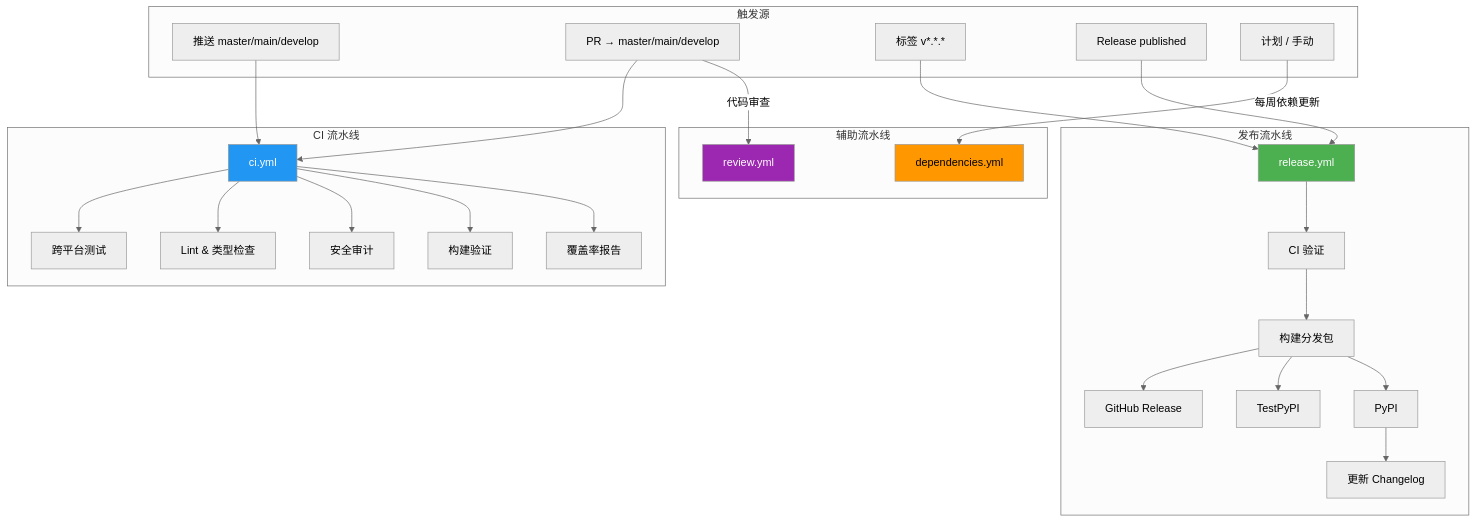
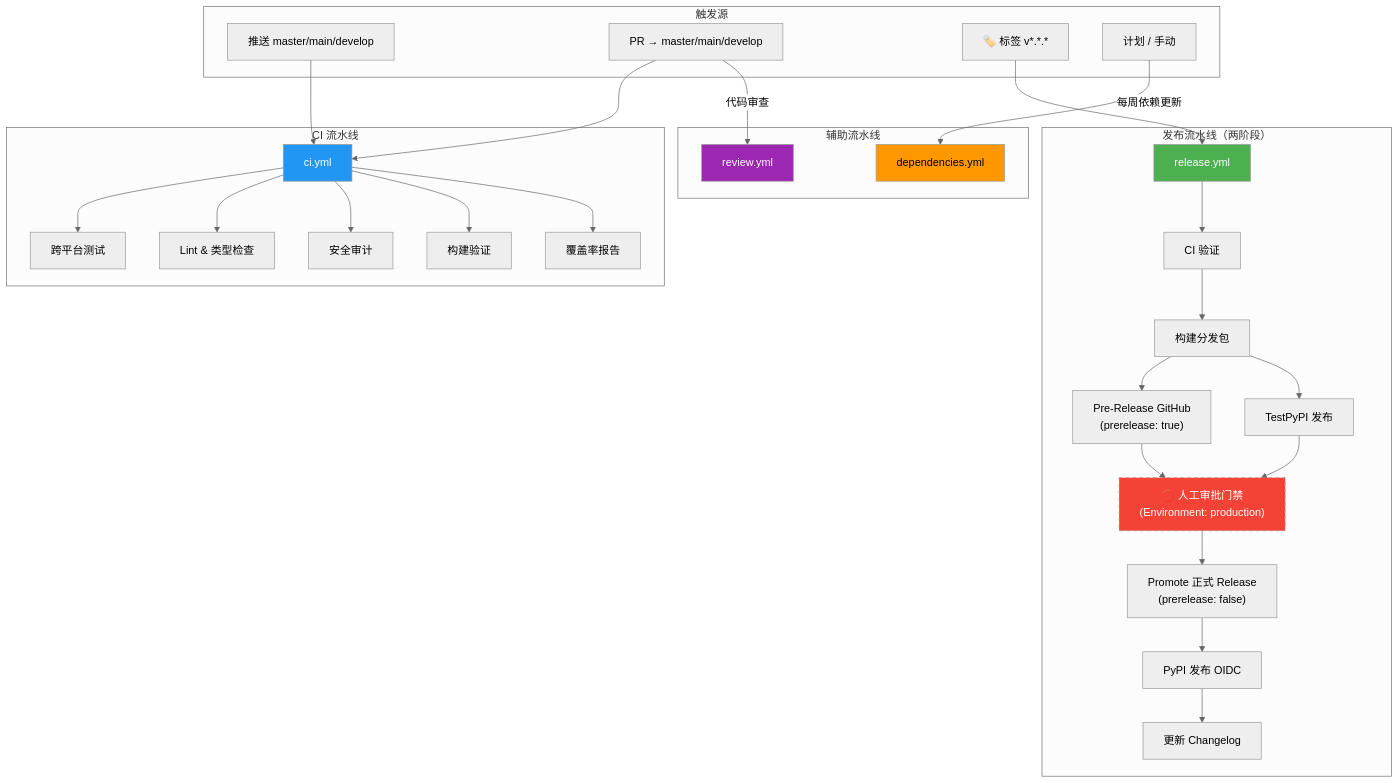
The diagram in docs/2-Development.md (ThreeFish-AI/data-extractor), drawn with Mermaid (neutral theme) before and after one commit. The commit also changed other lines of this file and 1 other file, not shown here.

First line of the commit message:
ci(release): 重构发布流程为 Pre-Release → 人工审批 → Release 两阶段模式;

````diff
--- a/docs/2-Development.md
+++ b/docs/2-Development.md
@@ -302,51 +302,55 @@
 ```mermaid
 graph TD
     subgraph "触发源"
         A["推送 master/main/develop"]
         B0["PR → master/main/develop"]
-        C["标签 v*.*.*"]
-        C2["Release published"]
+        C["🏷️ 标签 v*.*.*"]
         G["计划 / 手动"]
     end
 
     subgraph "CI 流水线"
         B[ci.yml]
         B1[跨平台测试]
         B2[Lint & 类型检查]
         B3[安全审计]
         B4[构建验证]
         B5[覆盖率报告]
         B --> B1 & B2 & B3 & B4 & B5
     end
 
-    subgraph "发布流水线"
+    subgraph "发布流水线（两阶段）"
         D[release.yml]
         D0[CI 验证]
         D1[构建分发包]
-        D2[GitHub Release]
-        D3[TestPyPI]
-        D4[PyPI]
-        D5[更新 Changelog]
+        D2["Pre-Release GitHub<br/>(prerelease: true)"]
+        D3[TestPyPI 发布]
+        D4["🛑 人工审批门禁<br/>(Environment: production)"]
+        D5["Promote 正式 Release<br/>(prerelease: false)"]
+        D6[PyPI 发布 OIDC]
+        D7[更新 Changelog]
         D --> D0 --> D1
         D1 --> D2
         D1 --> D3
-        D1 --> D4 --> D5
+        D2 --> D4
+        D3 --> D4
+        D4 --> D5
+        D5 --> D6 --> D7
     end
 
     subgraph "辅助流水线"
         H[dependencies.yml]
         K[review.yml]
     end
 
     A --> B
     B0 --> B
     C --> D
-    C2 --> D
     G -->|"每周依赖更新"| H
     B0 -->|"代码审查"| K
 
     style B fill:#2196F3,color:#fff
     style D fill:#4CAF50,color:#fff
+    style D4 fill:#f44336,color:#fff,stroke-dasharray: 5 5
     style H fill:#FF9800,color:#000
     style K fill:#9C27B0,color:#fff
 ```
````
